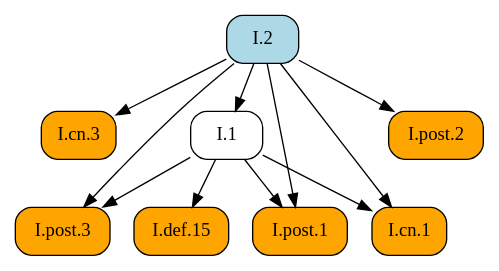
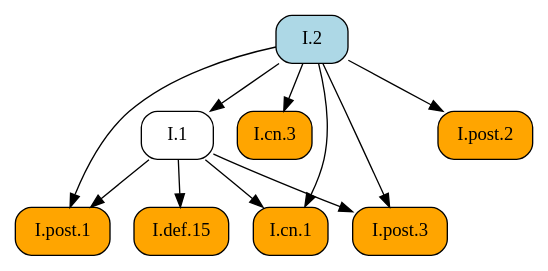
One commit to geometor/elements changed the diagram in docsrc/elements2/I/2/index.rst. Above: the diagram before and after it, drawn with Graphviz. The commit also changed other lines of this file and 171 other files, not shown here.

```diff
--- a/docsrc/elements2/I/2/index.rst
+++ b/docsrc/elements2/I/2/index.rst
@@ -90,24 +90,24 @@
 .. graphviz::
 
    digraph {
      rankdir="TB";
      node [shape=box, style=rounded];
+     "I.post.1" [style="rounded,filled", fillcolor=orange, URL="/elements2/I/post.1/", target="_top"];
+     "I.2" [style="rounded,filled", fillcolor=lightblue, URL="/elements2/I/2/", target="_top"];
      "I.cn.3" [style="rounded,filled", fillcolor=orange, URL="/elements2/I/cn.3/", target="_top"];
-     "I.2" [style="rounded,filled", fillcolor=lightblue, URL="/elements2/I/2/", target="_top"];
+     "I.1" [URL="/elements2/I/1/", target="_top"];
+     "I.post.2" [style="rounded,filled", fillcolor=orange, URL="/elements2/I/post.2/", target="_top"];
      "I.def.15" [style="rounded,filled", fillcolor=orange, URL="/elements2/I/def.15/", target="_top"];
+     "I.cn.1" [style="rounded,filled", fillcolor=orange, URL="/elements2/I/cn.1/", target="_top"];
      "I.post.3" [style="rounded,filled", fillcolor=orange, URL="/elements2/I/post.3/", target="_top"];
-     "I.post.2" [style="rounded,filled", fillcolor=orange, URL="/elements2/I/post.2/", target="_top"];
-     "I.1" [URL="/elements2/I/1/", target="_top"];
-     "I.post.1" [style="rounded,filled", fillcolor=orange, URL="/elements2/I/post.1/", target="_top"];
-     "I.cn.1" [style="rounded,filled", fillcolor=orange, URL="/elements2/I/cn.1/", target="_top"];
+     "I.1" -> "I.post.1";
+     "I.2" -> "I.post.1";
      "I.2" -> "I.cn.3";
+     "I.2" -> "I.1";
+     "I.2" -> "I.post.2";
      "I.1" -> "I.def.15";
+     "I.1" -> "I.cn.1";
+     "I.2" -> "I.cn.1";
      "I.1" -> "I.post.3";
      "I.2" -> "I.post.3";
-     "I.2" -> "I.post.2";
-     "I.2" -> "I.1";
-     "I.1" -> "I.post.1";
-     "I.2" -> "I.post.1";
-     "I.1" -> "I.cn.1";
-     "I.2" -> "I.cn.1";
    }
```
